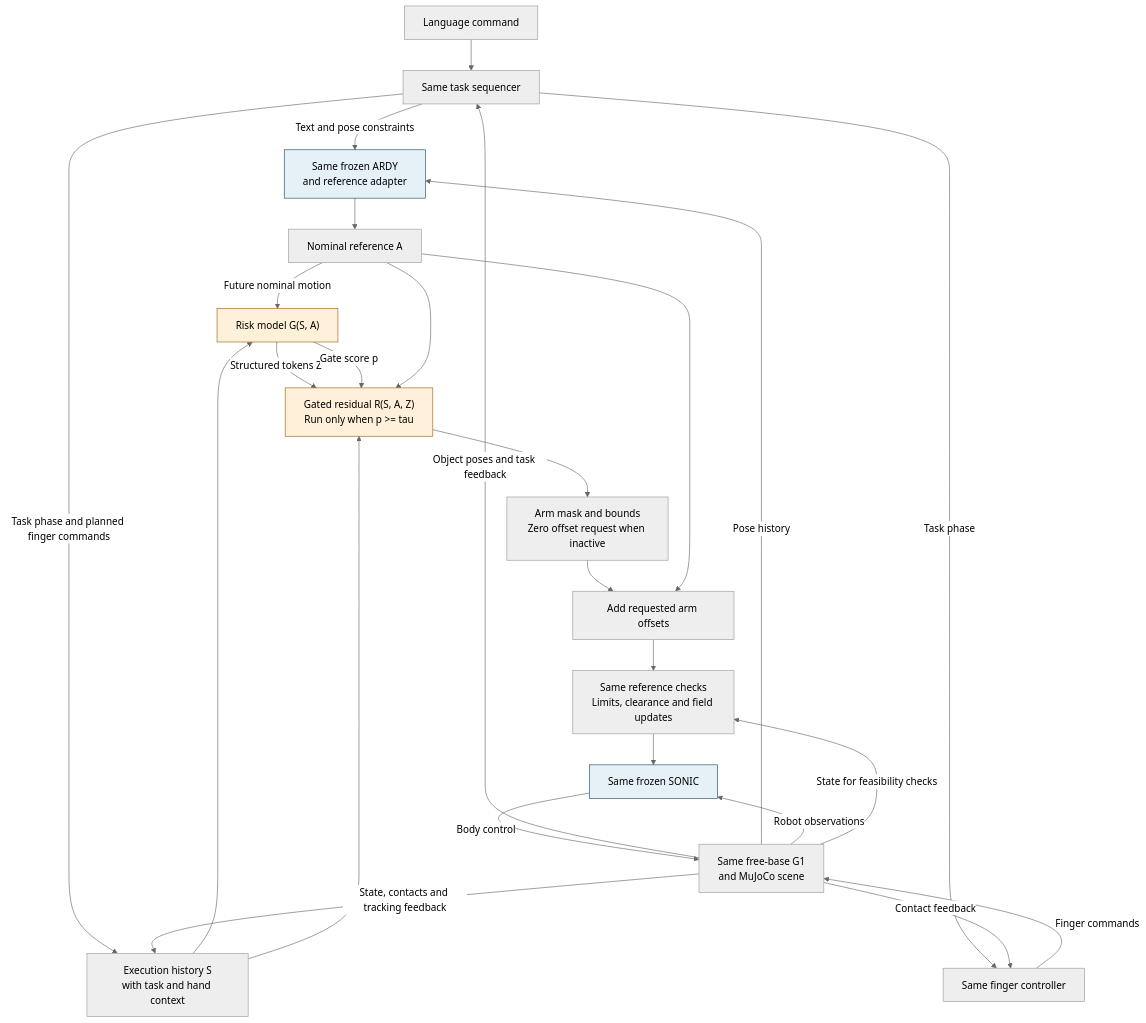
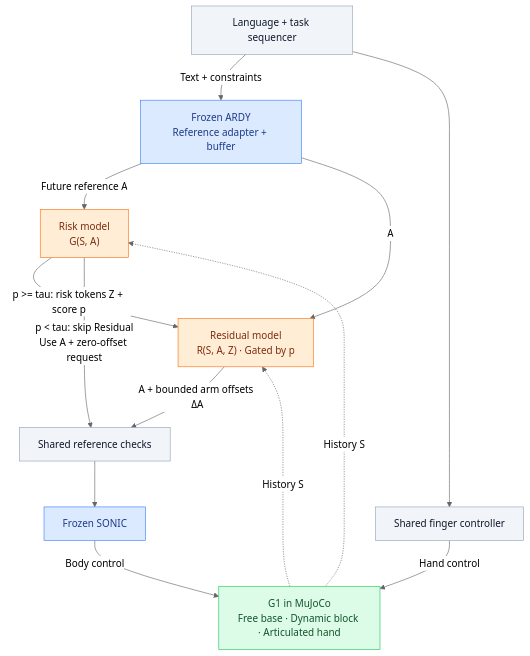
The second of 2 diagrams in README.md (Peneplain/dl), drawn with Mermaid (neutral theme) before and after one commit. The commit also changed other lines of this file and 5 other files, not shown here.

````diff
--- a/README.md
+++ b/README.md
@@ -57,32 +61,25 @@
 ```mermaid
 flowchart TB
-    T["Language command"] --> Q["Same task sequencer"]
-    Q -->|Text and pose constraints| A["Same frozen ARDY<br/>and reference adapter"]
-    A --> N["Nominal reference A"]
-    N -->|Future nominal motion| R["Risk model G(S, A)"]
-    O["Execution history S<br/>with task and hand context"] --> R
-    Q -->|Task phase and planned finger commands| O
-    R -->|Structured tokens Z| D["Gated residual R(S, A, Z)<br/>Run only when p >= tau"]
-    R -->|Gate score p| D
-    O --> D
-    N --> D
-    D --> M["Arm mask and bounds<br/>Zero offset request when inactive"]
-    M --> X["Add requested arm offsets"]
-    N --> X
-    X --> C["Same reference checks<br/>Limits, clearance and field updates"]
-    C --> S["Same frozen SONIC"]
-    S -->|Body control| G["Same free-base G1<br/>and MuJoCo scene"]
-    Q -->|Task phase| H["Same finger controller"]
-    H -->|Finger commands| G
-    G -->|State, contacts and tracking feedback| O
-    G -->|Object poses and task feedback| Q
-    G -->|Pose history| A
-    G -->|Contact feedback| H
-    G -->|Robot observations| S
-    G -->|State for feasibility checks| C
+    Q["Language + task sequencer"] -->|Text + constraints| A["Frozen ARDY<br/>Reference adapter + buffer"]
+    A -->|Future reference A| R["Risk model<br/>G(S, A)"]
+    R -->|"p >= tau: risk tokens Z + score p"| D["Residual model<br/>R(S, A, Z) · Gated by p"]
+    A -->|A| D
+    D -->|A + bounded arm offsets ΔA| C["Shared reference checks"]
+    R -->|"p < tau: skip Residual<br/>Use A + zero-offset request"| C
+    C --> S["Frozen SONIC"]
+    S -->|Body control| G["G1 in MuJoCo<br/>Free base · Dynamic block · Articulated hand"]
+    Q --> H["Shared finger controller"]
+    H -->|Hand control| G
 
-    classDef frozen fill:#e6f1f7,stroke:#174b60;
-    classDef learned fill:#fff0d9,stroke:#996019;
+    G -.->|History S| R
+    G -.->|History S| D
+
+    classDef shared fill:#f1f5f9,stroke:#94a3b8,color:#0f172a;
+    classDef frozen fill:#dbeafe,stroke:#3b82f6,color:#1e3a8a;
+    classDef learned fill:#ffedd5,stroke:#f97316,color:#7c2d12;
+    classDef sim fill:#dcfce7,stroke:#22c55e,color:#14532d;
+    class Q,C,H shared;
     class A,S frozen;
     class R,D learned;
+    class G sim;
 ```
````
